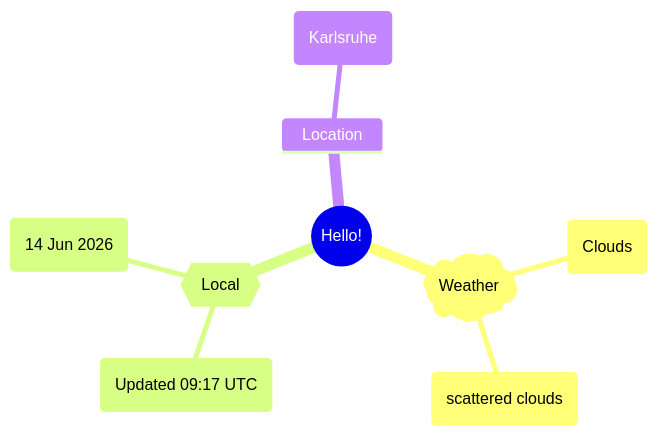
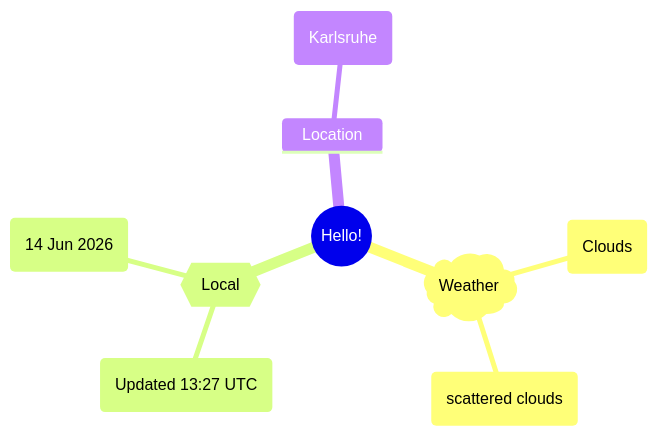
Before and after one commit to Xosrov/Xosrov: the first of 2 diagrams in README.md, drawn with Mermaid.

Commit message:
[bot] updated images

````diff
--- a/README.md
+++ b/README.md
@@ -3,12 +3,12 @@
 ```mermaid
 mindmap
   root((Hello!))
     )Weather(
         (Clouds)
         (scattered clouds)
     {{Local}}
-        (Updated 09:17 UTC)
+        (Updated 13:27 UTC)
         (14 Jun 2026)
     Location
         (Karlsruhe)
 ```
````
